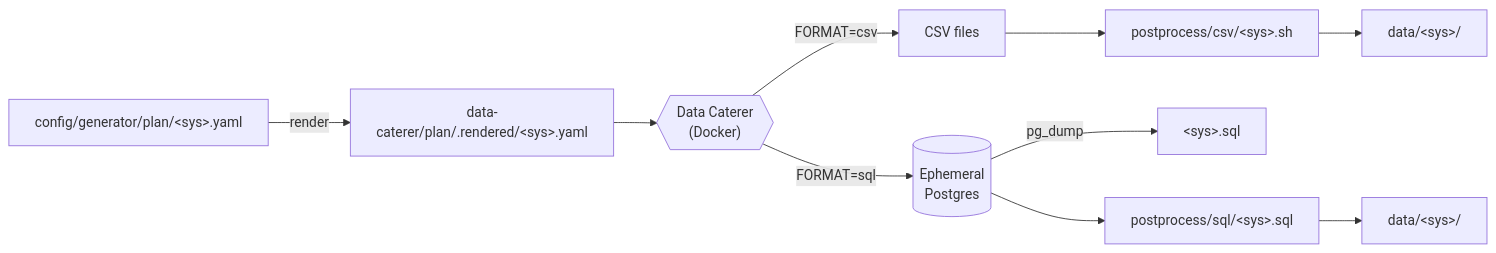
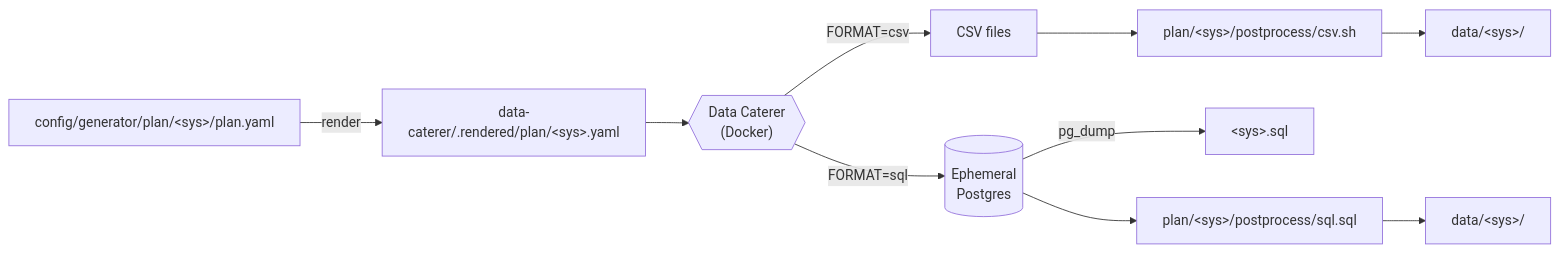
One commit to avikbesu/seed-data-gen changed the diagram in README.md. Above: the diagram before and after it, drawn with Mermaid. The commit also changed other lines of this file and 26 other files, not shown here.

````diff
--- a/README.md
+++ b/README.md
@@ -44,12 +44,12 @@
 ```mermaid
 flowchart LR
-    plan["config/generator/plan/&lt;sys&gt;.yaml"] -->|render| rendered["data-caterer/plan/.rendered/&lt;sys&gt;.yaml"]
+    plan["config/generator/plan/&lt;sys&gt;/plan.yaml"] -->|render| rendered["data-caterer/.rendered/plan/&lt;sys&gt;.yaml"]
     rendered --> dc{{"Data Caterer\n(Docker)"}}
     dc -->|FORMAT=csv| csv["CSV files"]
     dc -->|FORMAT=sql| pg[("Ephemeral\nPostgres")]
     pg -->|pg_dump| sql["&lt;sys&gt;.sql"]
-    csv --> pp1["postprocess/csv/&lt;sys&gt;.sh"]
-    pg --> pp2["postprocess/sql/&lt;sys&gt;.sql"]
+    csv --> pp1["plan/&lt;sys&gt;/postprocess/csv.sh"]
+    pg --> pp2["plan/&lt;sys&gt;/postprocess/sql.sql"]
     pp1 --> out1["data/&lt;sys&gt;/"]
     pp2 --> out2["data/&lt;sys&gt;/"]
 ```
````
